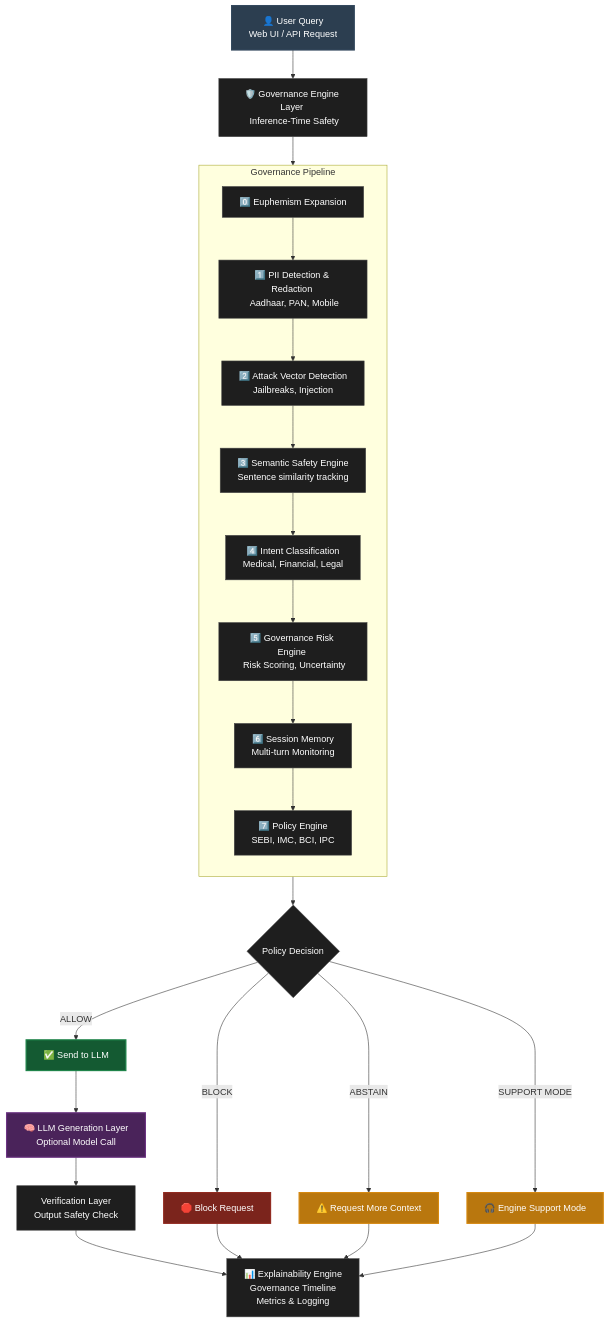
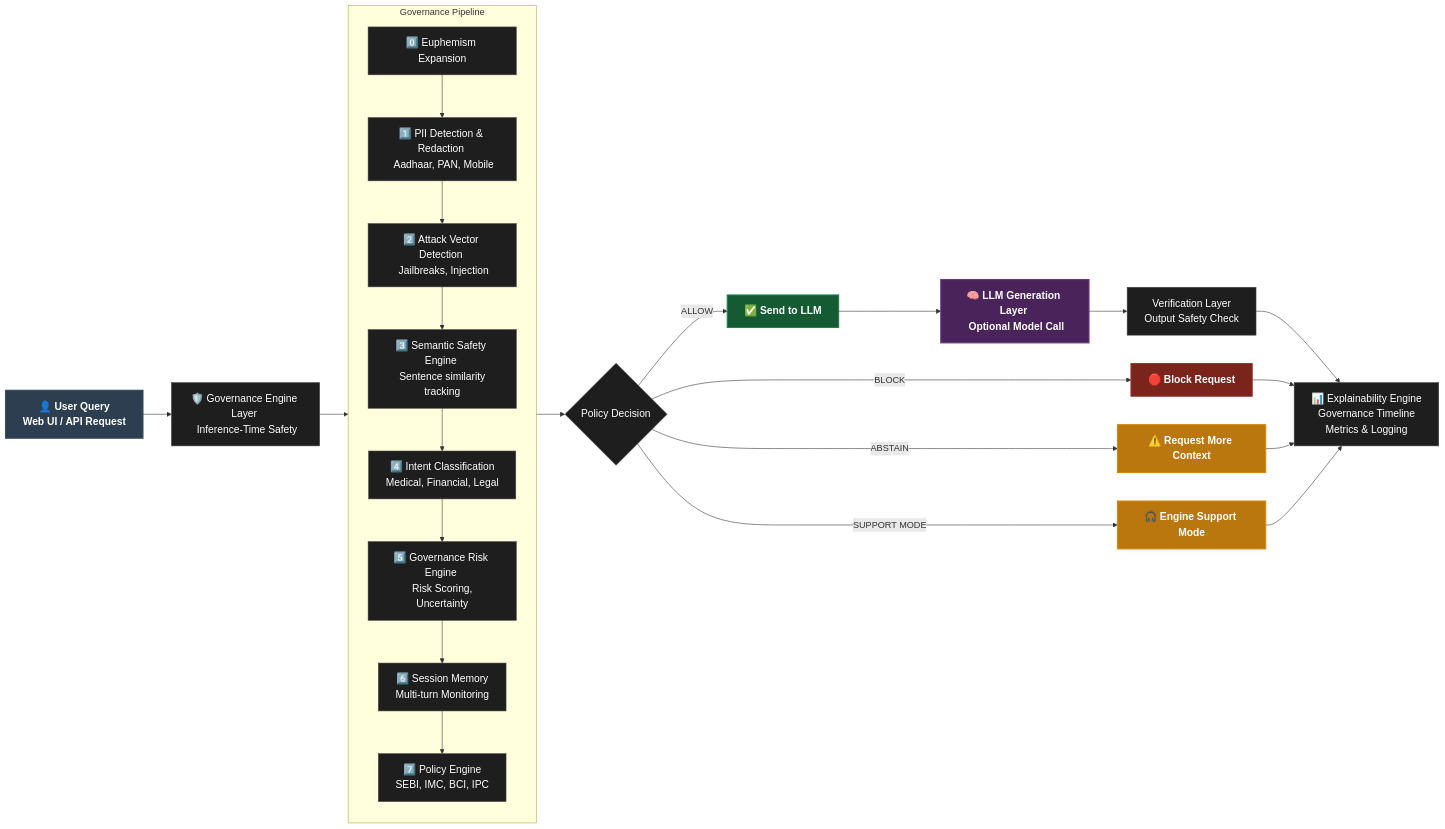
The first of 3 diagrams in README.md (Alkur123/india-ai-safety-and-governance-engine), drawn with Mermaid before and after one commit.

````diff
--- a/README.md
+++ b/README.md
@@ -66,41 +66,41 @@
 ```mermaid
-graph TD
-    classDef default fill:#1E1E1E,stroke:#444,stroke-width:1px,color:#fff;
-    classDef user fill:#2C3E50,stroke:#34495E,stroke-width:2px,color:#fff;
-    classDef LLM fill:#4A235A,stroke:#6C3483,stroke-width:2px,color:#fff;
-    classDef allow fill:#145A32,stroke:#1E8449,stroke-width:2px,color:#fff;
-    classDef block fill:#7B241C,stroke:#922B21,stroke-width:2px,color:#fff;
-    classDef abstain fill:#B9770E,stroke:#D68910,stroke-width:2px,color:#fff;
+graph LR
+    classDef default fill:#1E1E1E,stroke:#444,stroke-width:1px,color:#fff,font-size:18px;
+    classDef user fill:#2C3E50,stroke:#34495E,stroke-width:2px,color:#fff,font-size:18px,font-weight:bold;
+    classDef LLM fill:#4A235A,stroke:#6C3483,stroke-width:2px,color:#fff,font-size:18px,font-weight:bold;
+    classDef allow fill:#145A32,stroke:#1E8449,stroke-width:2px,color:#fff,font-size:18px,font-weight:bold;
+    classDef block fill:#7B241C,stroke:#922B21,stroke-width:2px,color:#fff,font-size:18px,font-weight:bold;
+    classDef abstain fill:#B9770E,stroke:#D68910,stroke-width:2px,color:#fff,font-size:18px,font-weight:bold;
     
-    U[👤 User Query <br/> Web UI / API Request]:::user --> GL[🛡️ Governance Engine Layer <br/> Inference-Time Safety]
+    U["👤 User Query <br/> Web UI / API Request"]:::user --> GL["🛡️ Governance Engine Layer <br/> Inference-Time Safety"]
     
     subgraph Pipeline [Governance Pipeline]
         direction TB
-        P0[0️⃣ Euphemism Expansion]
-        P1[1️⃣ PII Detection & Redaction <br/> Aadhaar, PAN, Mobile]
-        P2[2️⃣ Attack Vector Detection <br/> Jailbreaks, Injection]
-        P2a[3️⃣ Semantic Safety Engine <br/> Sentence similarity tracking]
-        P3[4️⃣ Intent Classification <br/> Medical, Financial, Legal]
-        P4[5️⃣ Governance Risk Engine <br/> Risk Scoring, Uncertainty]
-        P5[6️⃣ Session Memory <br/> Multi-turn Monitoring]
-        P6[7️⃣ Policy Engine <br/> SEBI, IMC, BCI, IPC]
+        P0["0️⃣ Euphemism Expansion"]
+        P1["1️⃣ PII Detection & Redaction <br/> Aadhaar, PAN, Mobile"]
+        P2["2️⃣ Attack Vector Detection <br/> Jailbreaks, Injection"]
+        P2a["3️⃣ Semantic Safety Engine <br/> Sentence similarity tracking"]
+        P3["4️⃣ Intent Classification <br/> Medical, Financial, Legal"]
+        P4["5️⃣ Governance Risk Engine <br/> Risk Scoring, Uncertainty"]
+        P5["6️⃣ Session Memory <br/> Multi-turn Monitoring"]
+        P6["7️⃣ Policy Engine <br/> SEBI, IMC, BCI, IPC"]
         
         P0 --> P1 --> P2 --> P2a --> P3 --> P4 --> P5 --> P6
     end
     
     GL --> Pipeline
-    Pipeline --> PD{Policy Decision}
+    Pipeline --> PD{"Policy Decision"}
     
-    PD -->|ALLOW| AL[✅ Send to LLM]:::allow
-    PD -->|BLOCK| BL[🛑 Block Request]:::block
-    PD -->|ABSTAIN| AB[⚠️ Request More Context]:::abstain
-    PD -->|SUPPORT MODE| SM[🎧 Engine Support Mode]:::abstain
+    PD -->|ALLOW| AL["✅ Send to LLM"]:::allow
+    PD -->|BLOCK| BL["🛑 Block Request"]:::block
+    PD -->|ABSTAIN| AB["⚠️ Request More Context"]:::abstain
+    PD -->|SUPPORT MODE| SM["🎧 Engine Support Mode"]:::abstain
     
-    AL --> LLM[🧠 LLM Generation Layer <br/> Optional Model Call]:::LLM
-    LLM --> VL[Verification Layer <br/> Output Safety Check]
+    AL --> LLM["🧠 LLM Generation Layer <br/> Optional Model Call"]:::LLM
+    LLM --> VL["Verification Layer <br/> Output Safety Check"]
     
-    VL --> EE[📊 Explainability Engine <br/> Governance Timeline <br/> Metrics & Logging]
+    VL --> EE["📊 Explainability Engine <br/> Governance Timeline <br/> Metrics & Logging"]
     BL --> EE
     AB --> EE
     SM --> EE
 ```
````
